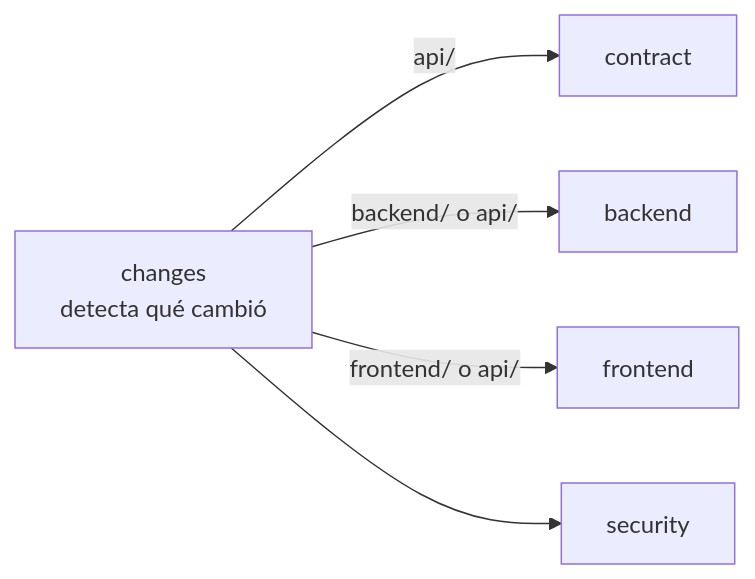
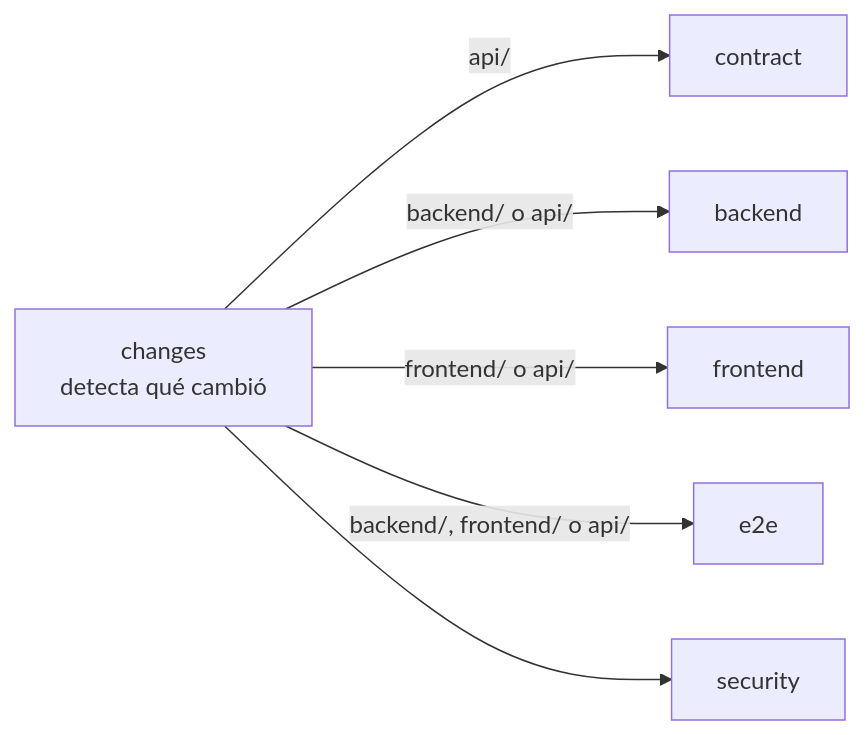
One commit to JRamonCarralero/nexo changed the diagram in docs/ci.es.md. Above: the diagram before and after it, drawn with Mermaid. The commit also changed other lines of this file and 19 other files, not shown here.

First line of the commit message:
test(e2e): Playwright and axe end-to-end tests for the first flow

````diff
--- a/docs/ci.es.md
+++ b/docs/ci.es.md
@@ -53,8 +53,9 @@
 ```mermaid
 flowchart LR
     changes[changes<br/>detecta qué cambió]
     changes -->|api/| contract[contract]
     changes -->|backend/ o api/| backend[backend]
     changes -->|frontend/ o api/| frontend[frontend]
+    changes -->|backend/, frontend/ o api/| e2e[e2e]
     changes --> security[security]
 ```
````
